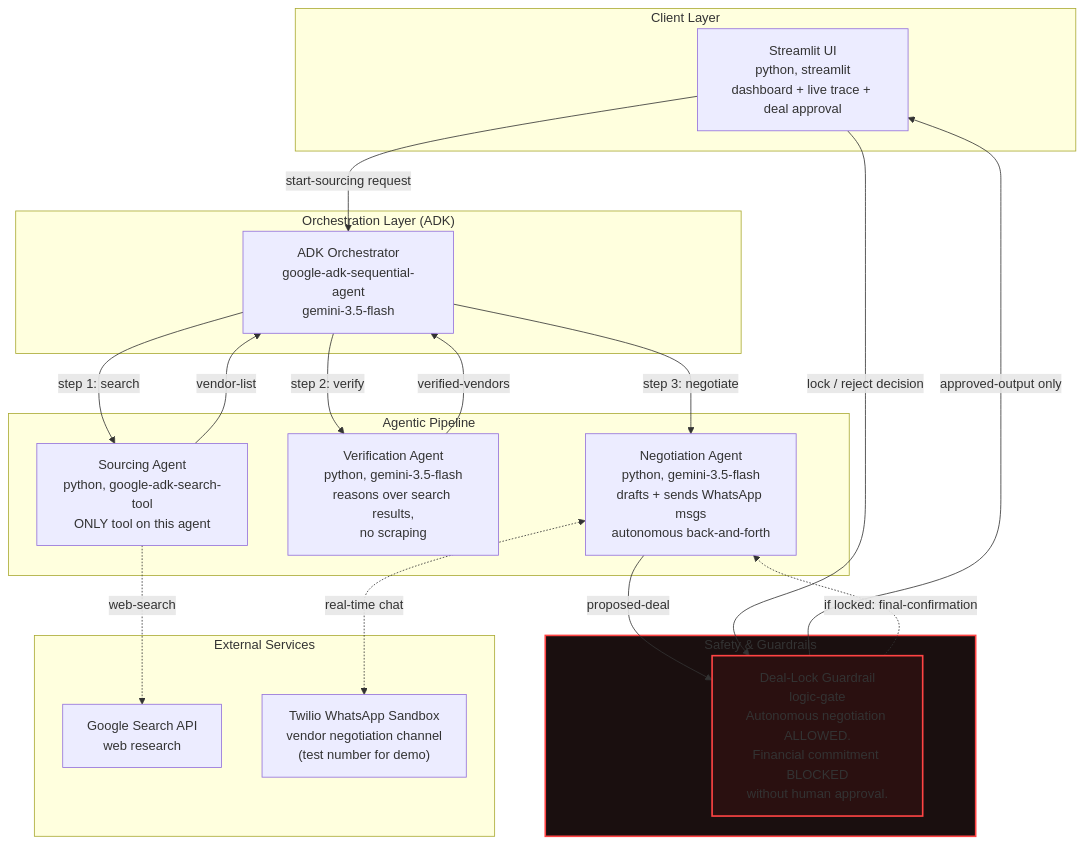
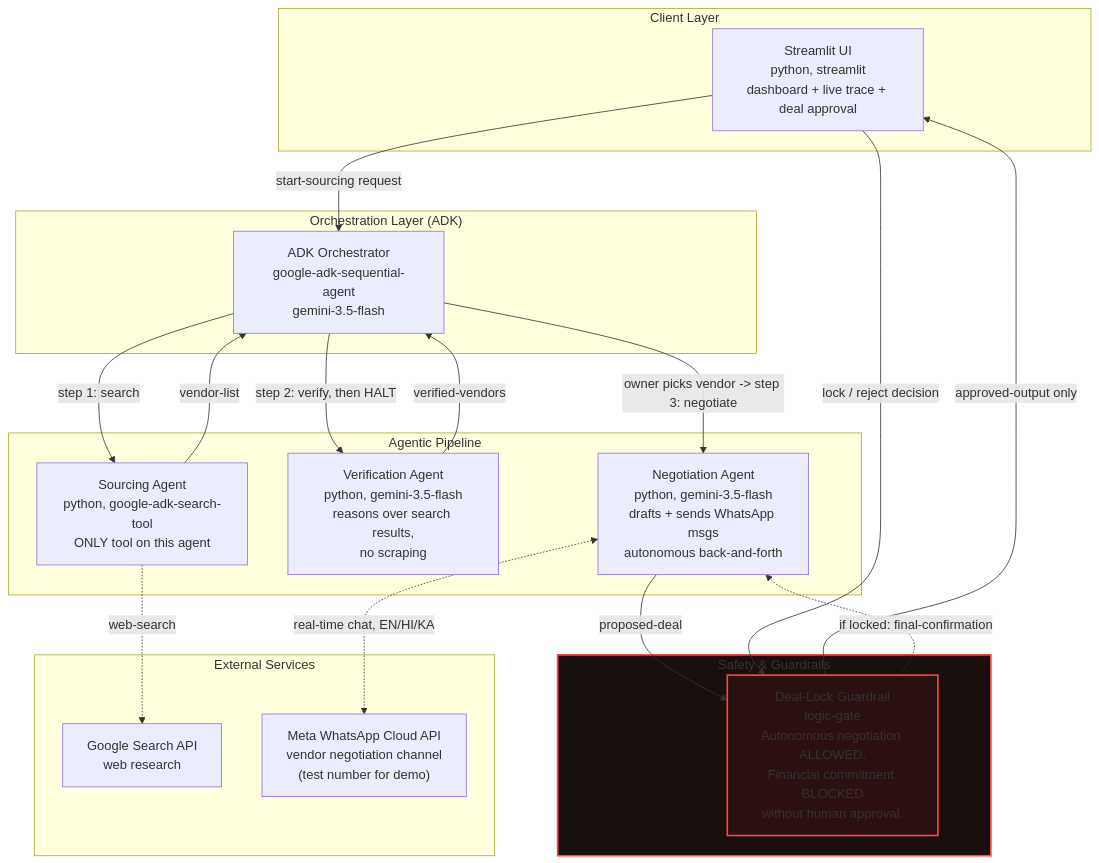
Before and after one commit to apawase1/vendorScoutAI: the diagram in architecture-diagram.md, drawn with Mermaid. The commit also changed other lines of this file and 8 other files, not shown here.

Commit message:
Remove Twilio, switch fully to Meta WhatsApp Cloud API; clean up dead code and fix stale pipeline test

````diff
--- a/architecture-diagram.md
+++ b/architecture-diagram.md
@@ -8,41 +8,41 @@
 ```mermaid
 flowchart TB
     subgraph Client["Client Layer"]
         UI["Streamlit UI<br/>python, streamlit<br/>dashboard + live trace + deal approval"]
     end
 
     subgraph Orch["Orchestration Layer (ADK)"]
         ORC["ADK Orchestrator<br/>google-adk-sequential-agent<br/>gemini-3.5-flash"]
     end
 
     subgraph Pipeline["Agentic Pipeline"]
         SRC["Sourcing Agent<br/>python, google-adk-search-tool<br/>ONLY tool on this agent"]
         VER["Verification Agent<br/>python, gemini-3.5-flash<br/>reasons over search results,<br/>no scraping"]
         NEG["Negotiation Agent<br/>python, gemini-3.5-flash<br/>drafts + sends WhatsApp msgs<br/>autonomous back-and-forth"]
     end
 
     subgraph Safety["Safety & Guardrails"]
         GATE["Deal-Lock Guardrail<br/>logic-gate<br/>Autonomous negotiation ALLOWED.<br/>Financial commitment BLOCKED<br/>without human approval."]
     end
 
     subgraph Ext["External Services"]
         GSEARCH["Google Search API<br/>web research"]
-        TWILIO["Twilio WhatsApp Sandbox<br/>vendor negotiation channel<br/>(test number for demo)"]
+        META["Meta WhatsApp Cloud API<br/>vendor negotiation channel<br/>(test number for demo)"]
     end
 
     UI -->|start-sourcing request| ORC
     ORC -->|step 1: search| SRC
     SRC -->|vendor-list| ORC
-    ORC -->|step 2: verify| VER
+    ORC -->|step 2: verify, then HALT| VER
     SRC -.->|web-search| GSEARCH
     VER -->|verified-vendors| ORC
-    ORC -->|step 3: negotiate| NEG
-    NEG <-.->|real-time chat| TWILIO
+    ORC -->|owner picks vendor -> step 3: negotiate| NEG
+    NEG <-.->|real-time chat, EN/HI/KA| META
     NEG -->|proposed-deal| GATE
     GATE -->|approved-output only| UI
     UI -->|lock / reject decision| GATE
     GATE -.->|if locked: final-confirmation| NEG
 
     style Safety fill:#1a0f0f,stroke:#ff4444,stroke-width:2px
     style GATE fill:#2a1010,stroke:#ff4444,stroke-width:2px
 ```
````
